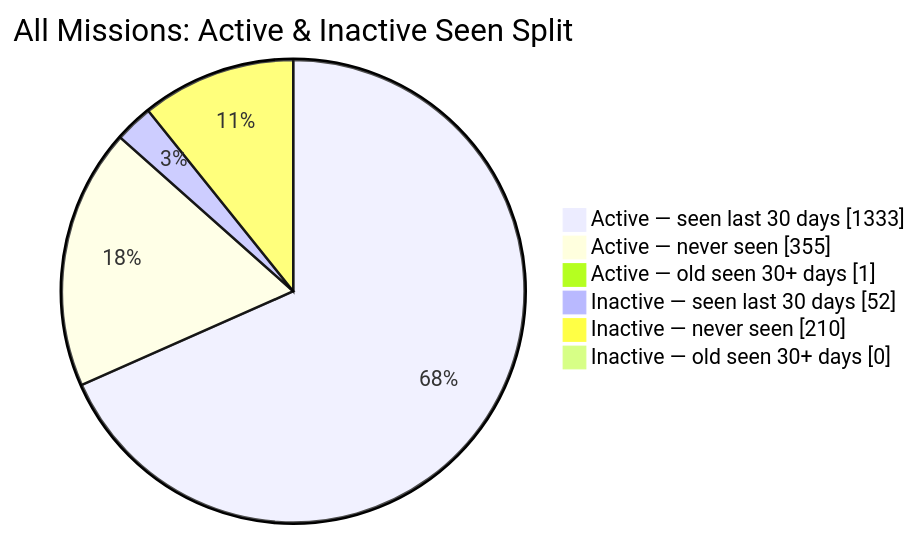
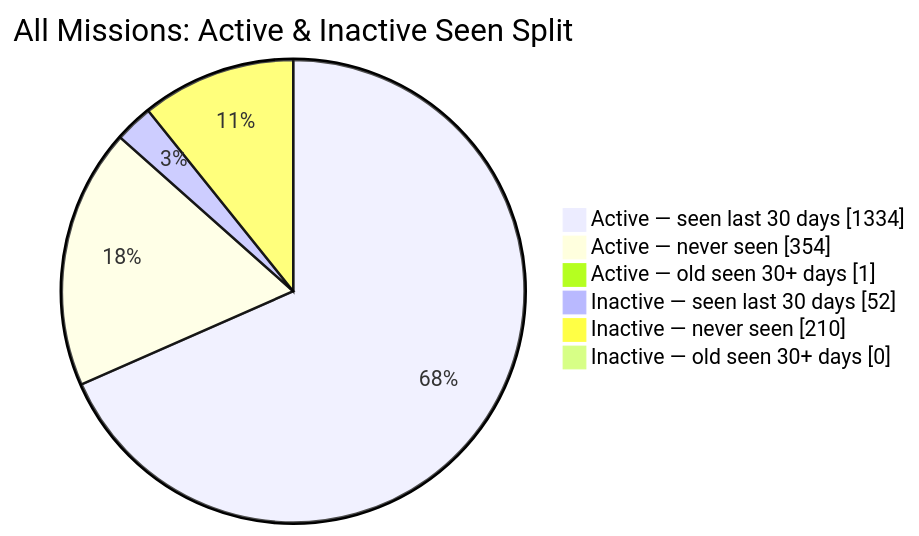
The second of 2 diagrams in README.md (MeldkamerspelGameTeam/active-missions), drawn with Mermaid before and after one commit. The commit also changed other lines of this file and 2 other files, not shown here.

````diff
--- a/README.md
+++ b/README.md
@@ -44,10 +44,10 @@
 ```mermaid
 pie showData
     title All Missions: Active & Inactive Seen Split
-    "Active — seen last 30 days" : 1333
-    "Active — never seen" : 355
+    "Active — seen last 30 days" : 1334
+    "Active — never seen" : 354
     "Active — old seen 30+ days" : 1
     "Inactive — seen last 30 days" : 52
     "Inactive — never seen" : 210
     "Inactive — old seen 30+ days" : 0
 ```
````
